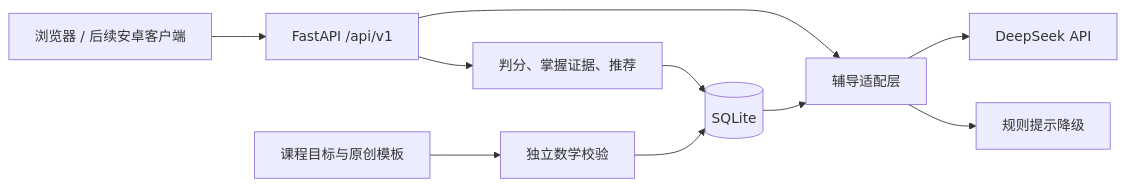
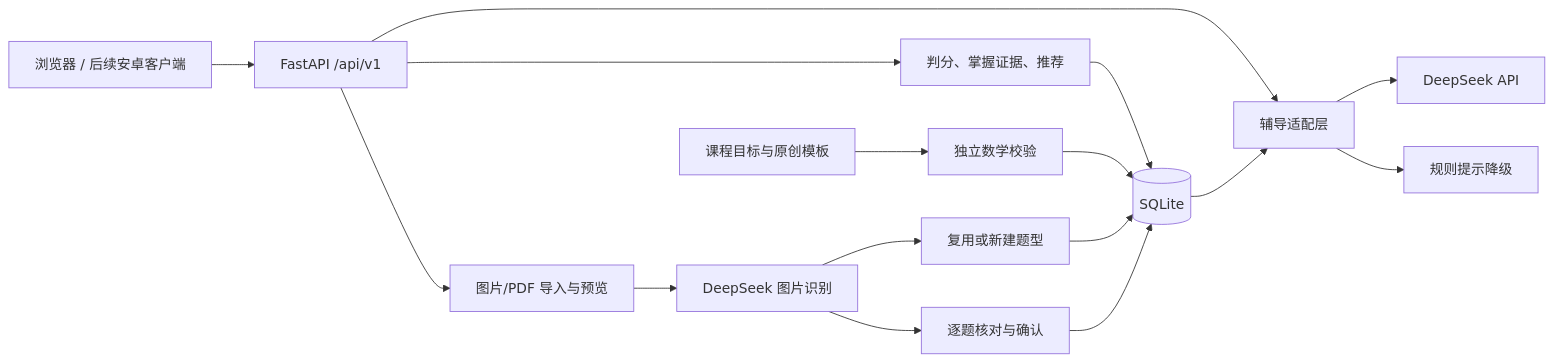
The diagram in docs/architecture.md (SpiralKernel/AI-teacher), drawn with Mermaid before and after one commit. The commit also changed other lines of this file and 33 other files, not shown here.

````diff
--- a/docs/architecture.md
+++ b/docs/architecture.md
@@ -3,12 +3,18 @@
 ```mermaid
 flowchart LR
     UI[浏览器 / 后续安卓客户端] --> API[FastAPI /api/v1]
     API --> Learning[判分、掌握证据、推荐]
     Learning --> DB[(SQLite)]
     Seed[课程目标与原创模板] --> Verify[独立数学校验]
     Verify --> DB
     API --> Tutor[辅导适配层]
     DB --> Tutor
     Tutor --> DeepSeek[DeepSeek API]
     Tutor --> Rules[规则提示降级]
+    API --> Materials[图片/PDF 导入与预览]
+    Materials --> Vision[DeepSeek 图片识别]
+    Vision --> Registry[复用或新建题型]
+    Registry --> DB
+    Vision --> Review[逐题核对与确认]
+    Review --> DB
 ```
````
